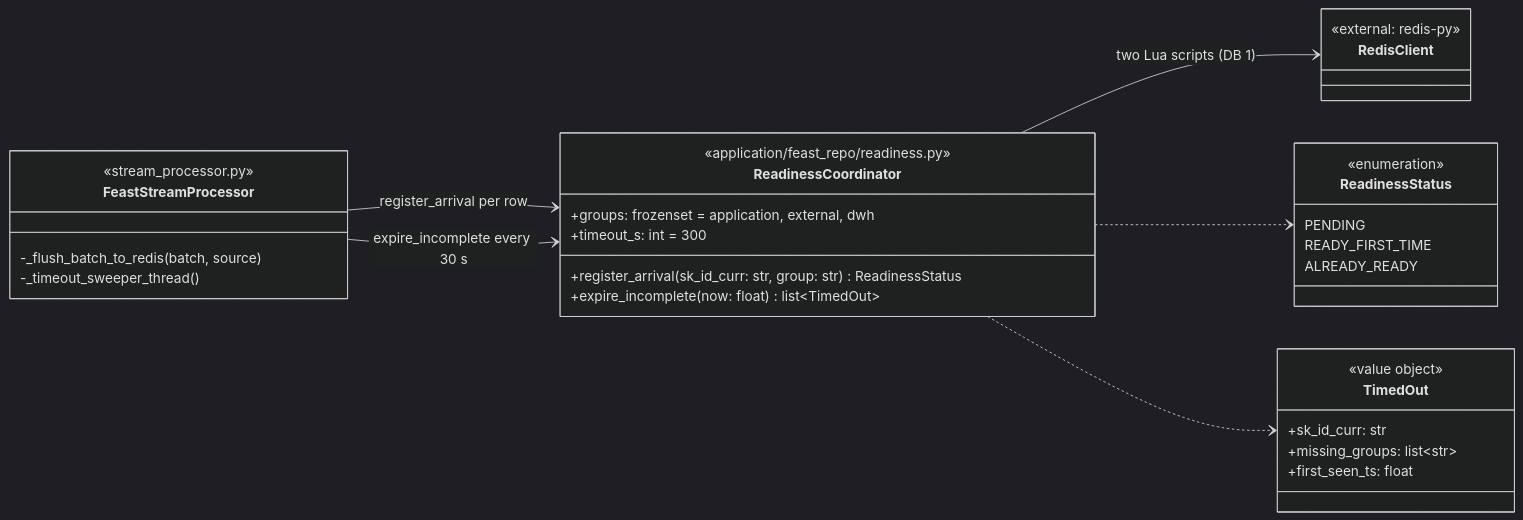
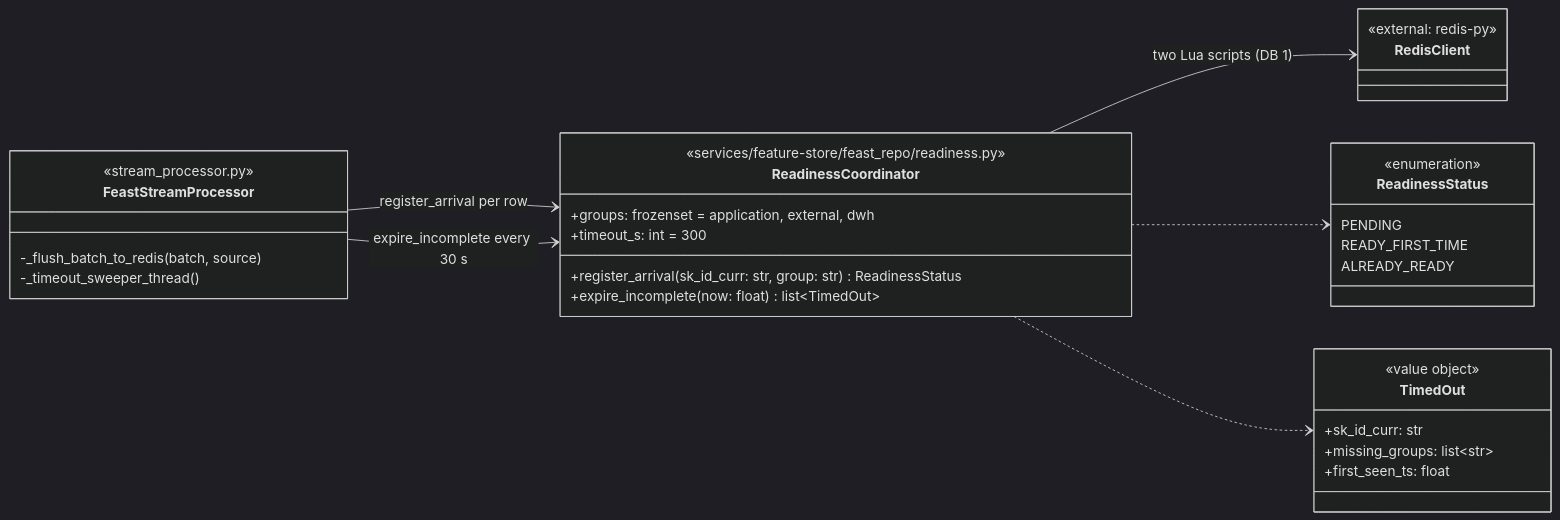
The second of 4 diagrams in docs/03-handoff/E3-exactly-once-readiness.md (ngnquanq/credit-risk-ml-system), drawn with Mermaid (dark theme) before and after one commit. The commit also changed other lines of this file and 47 other files, not shown here.

````diff
--- a/docs/03-handoff/E3-exactly-once-readiness.md
+++ b/docs/03-handoff/E3-exactly-once-readiness.md
@@ -57,36 +57,36 @@
 ```mermaid
 classDiagram
     direction LR
     class ReadinessCoordinator {
-        <<application/feast_repo/readiness.py>>
+        <<services/feature-store/feast_repo/readiness.py>>
         +groups: frozenset = application, external, dwh
         +timeout_s: int = 300
         +register_arrival(sk_id_curr: str, group: str) ReadinessStatus
         +expire_incomplete(now: float) list~TimedOut~
     }
     class ReadinessStatus {
         <<enumeration>>
         PENDING
         READY_FIRST_TIME
         ALREADY_READY
     }
     class TimedOut {
         <<value object>>
         +sk_id_curr: str
         +missing_groups: list~str~
         +first_seen_ts: float
     }
     class RedisClient {
         <<external: redis-py>>
     }
     class FeastStreamProcessor {
         <<stream_processor.py>>
         -_flush_batch_to_redis(batch, source)
         -_timeout_sweeper_thread()
     }
     FeastStreamProcessor --> ReadinessCoordinator : register_arrival per row
     FeastStreamProcessor --> ReadinessCoordinator : expire_incomplete every 30 s
     ReadinessCoordinator --> RedisClient : two Lua scripts (DB 1)
     ReadinessCoordinator ..> ReadinessStatus
     ReadinessCoordinator ..> TimedOut
 ```
````
